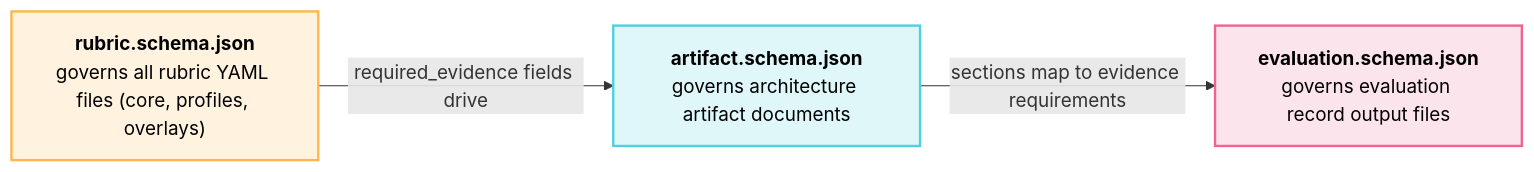
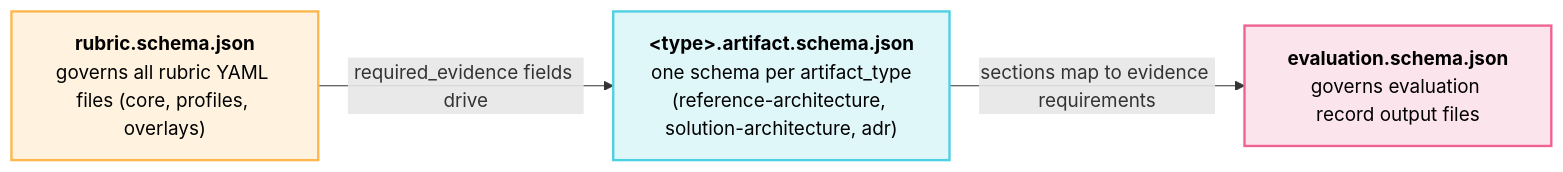
One commit to ThomasRohde/EAROS changed the second of 3 diagrams in README.md. Above: the diagram before and after it, drawn with Mermaid. The commit also changed other lines of this file and 28 other files, not shown here.

````diff
--- a/README.md
+++ b/README.md
@@ -65,13 +65,13 @@
 ```mermaid
 flowchart LR
     R["<b>rubric.schema.json</b><br/>governs all rubric YAML files (core, profiles, overlays)"]
-    A["<b>artifact.schema.json</b><br/>governs architecture artifact documents"]
+    A["<b>&lt;type&gt;.artifact.schema.json</b><br/>one schema per artifact_type<br/>(reference-architecture, solution-architecture, adr)"]
     E["<b>evaluation.schema.json</b><br/>governs evaluation record output files"]
 
     R -->|required_evidence fields drive| A
     A -->|sections map to evidence requirements| E
 
     style R fill:#fff3e0,stroke:#ffb74d,stroke-width:2px,color:#000
     style A fill:#e0f7fa,stroke:#4dd0e1,stroke-width:2px,color:#000
     style E fill:#fce4ec,stroke:#f06292,stroke-width:2px,color:#000
 ```
````
